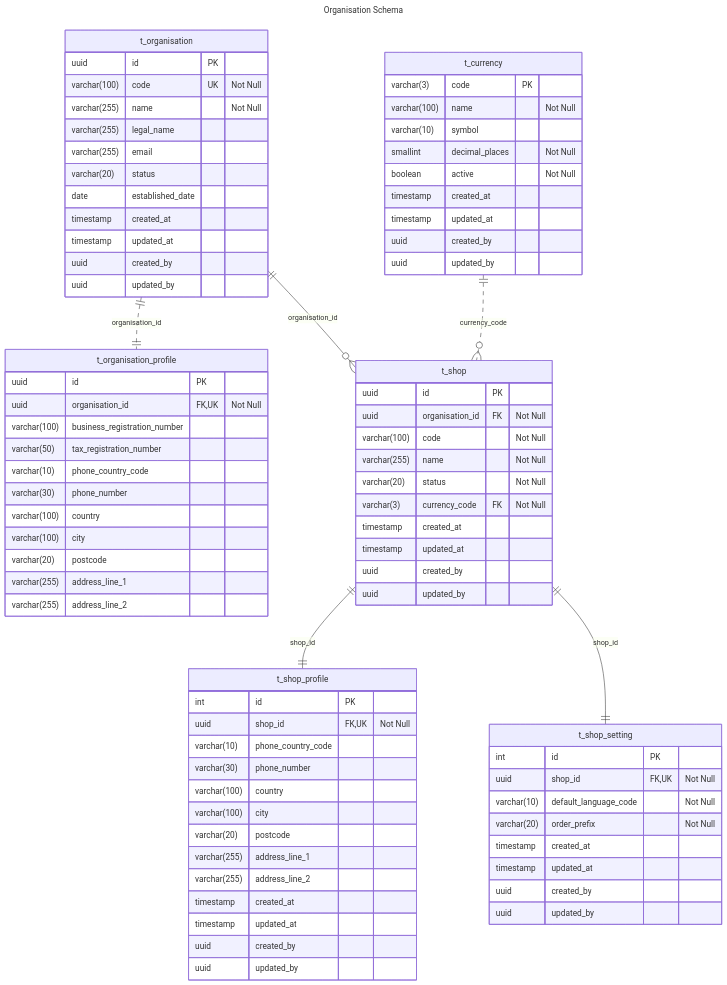
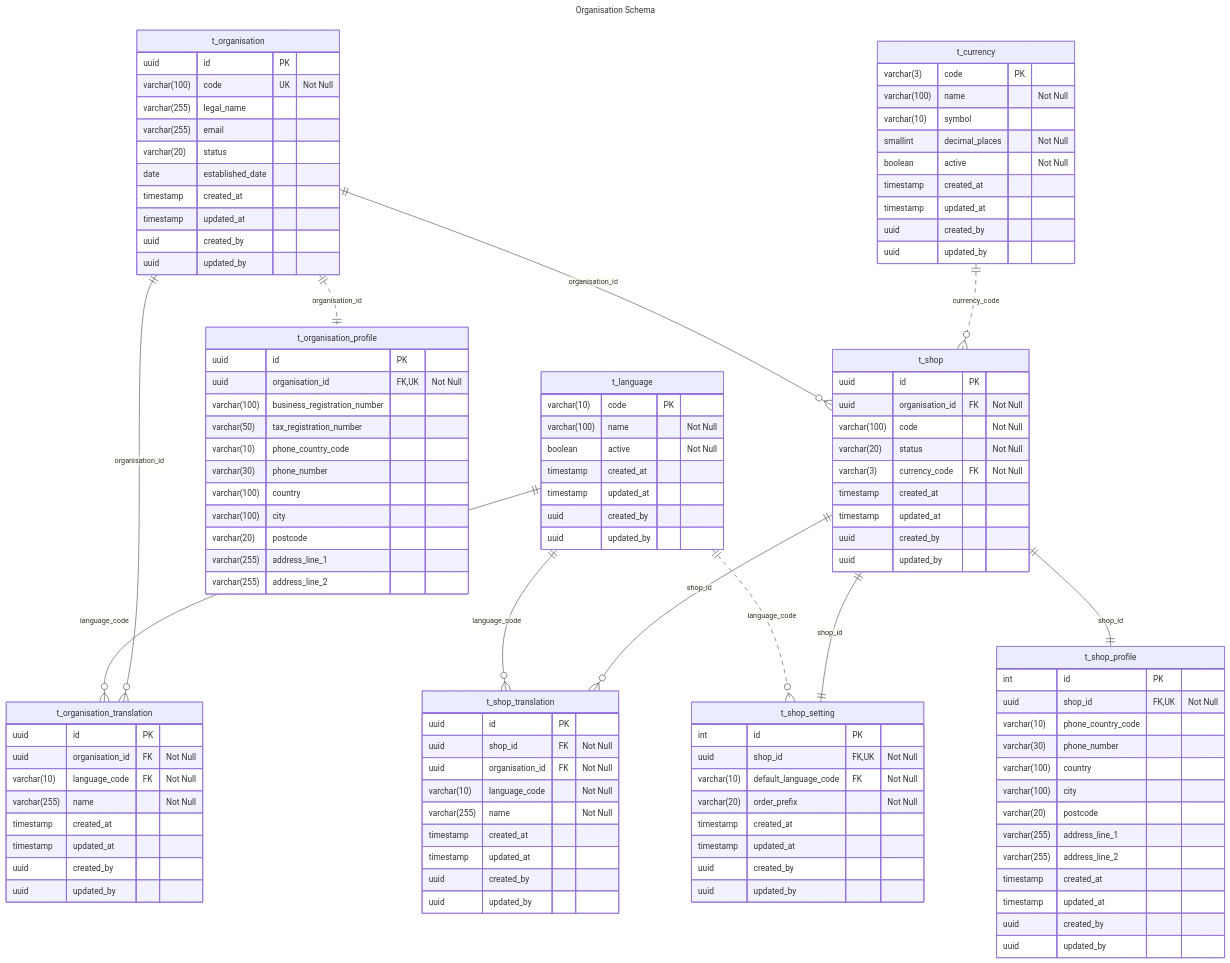
Before and after one commit to va4815/stockflow-docs: the diagram in database/modules/organisation-erd.md, drawn with Mermaid.

Commit message:
docs: add translation table in organisation schema

````diff
--- a/database/modules/organisation-erd.md
+++ b/database/modules/organisation-erd.md
@@ -36,8 +36,7 @@
     t_organisation {
         uuid id PK
 
-        varchar(100) code UK "Not Null"
-        varchar(255) name "Not Null"
+        varchar(100) code UK "Not Null"        
         varchar(255) legal_name
         varchar(255) email
 
@@ -49,6 +48,21 @@
         uuid created_by
         uuid updated_by
     }
+
+    t_organisation_translation {
+        uuid id PK
+        uuid organisation_id FK "Not Null"
+        varchar(10) language_code FK "Not Null"
+
+        varchar(255) name "Not Null"
+
+        timestamp created_at
+        timestamp updated_at
+        uuid created_by
+        uuid updated_by        
+    }
+    t_organisation ||--o{ t_organisation_translation : organisation_id
+    t_language ||--o{ t_organisation_translation : language_code
 
     t_organisation_profile {
         uuid id PK
@@ -84,12 +98,23 @@
     }
     t_currency ||..o{ t_shop : currency_code
 
+    t_language {
+        varchar(10) code PK
+
+        varchar(100) name "Not Null"
+        boolean active "Not Null"
+
+        timestamp created_at
+        timestamp updated_at
+        uuid created_by
+        uuid updated_by
+    }
+
     t_shop {
         uuid id PK
         uuid organisation_id FK "Not Null"
 
         varchar(100) code "Not Null"
-        varchar(255) name "Not Null"
         varchar(20) status "Not Null"
 
         varchar(3) currency_code FK "Not Null"
@@ -100,6 +125,24 @@
         uuid updated_by
     }
     t_organisation ||--o{ t_shop : organisation_id
+
+    t_shop_translation {
+        uuid id PK
+        uuid shop_id FK "Not Null"
+
+        uuid organisation_id FK "Not Null"
+
+        varchar(10) language_code "Not Null"
+
+        varchar(255) name "Not Null"
+
+        timestamp created_at
+        timestamp updated_at
+        uuid created_by
+        uuid updated_by
+    }
+    t_shop ||--o{ t_shop_translation : shop_id
+    t_language ||--o{ t_shop_translation : language_code
 
     t_shop_profile {
         int id PK
@@ -126,7 +169,7 @@
         int id PK
         uuid shop_id FK, UK "Not Null"
 
-        varchar(10) default_language_code "Not Null"
+        varchar(10) default_language_code FK "Not Null"
         varchar(20) order_prefix "Not Null"
 
         timestamp created_at
@@ -135,4 +178,5 @@
         uuid updated_by
     }
     t_shop ||--|| t_shop_setting : shop_id
+    t_language ||..o{ t_shop_setting : language_code
 ```
````
